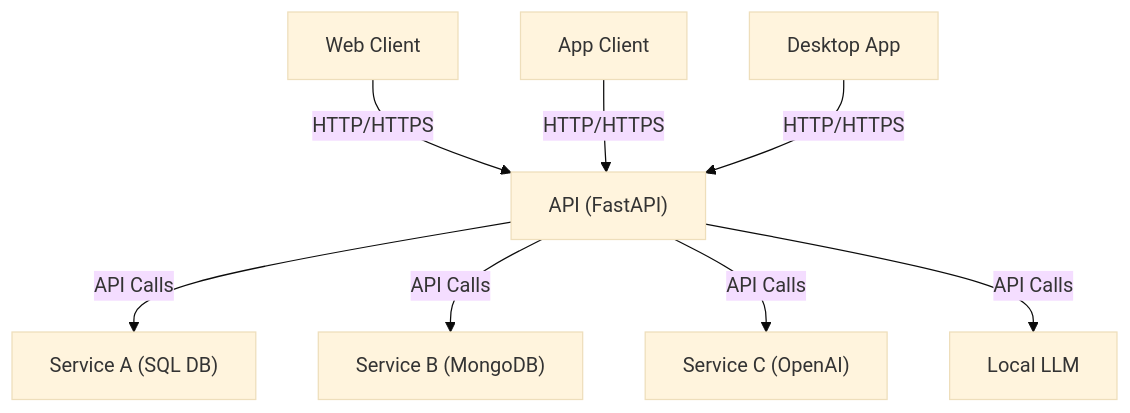
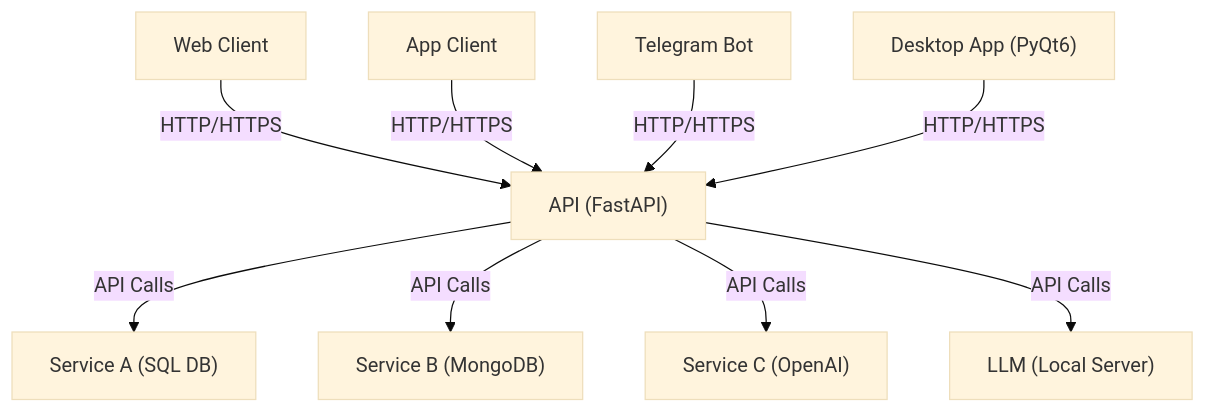
The second of 2 diagrams in docs/README.md (musicnova/KIA-chatGPT), drawn with Mermaid (base theme) before and after one commit. The commit also changed other lines of this file, not shown here.

````diff
--- a/docs/README.md
+++ b/docs/README.md
@@ -17,11 +17,12 @@
 ```mermaid
 graph TD
     WebClient["Web Client"] -->|HTTP/HTTPS| API["API (FastAPI)"]
     AppClient["App Client"] -->|HTTP/HTTPS| API
-    DesktopClient["Desktop App"] -->|HTTP/HTTPS| API
+    TgBot["Telegram Bot"] -->|HTTP/HTTPS| API
+    DesktopClient["Desktop App (PyQt6)"] -->|HTTP/HTTPS| API
     
     API -->|API Calls| SQLService["Service A (SQL DB)"]
     API -->|API Calls| MongoService["Service B (MongoDB)"]
     API -->|API Calls| OpenAIService["Service C (OpenAI)"]
-    API -->|API Calls| LocalLLM["Local LLM"]
+    API -->|API Calls| LocalLLM["LLM (Local Server)"]
 ```
````
